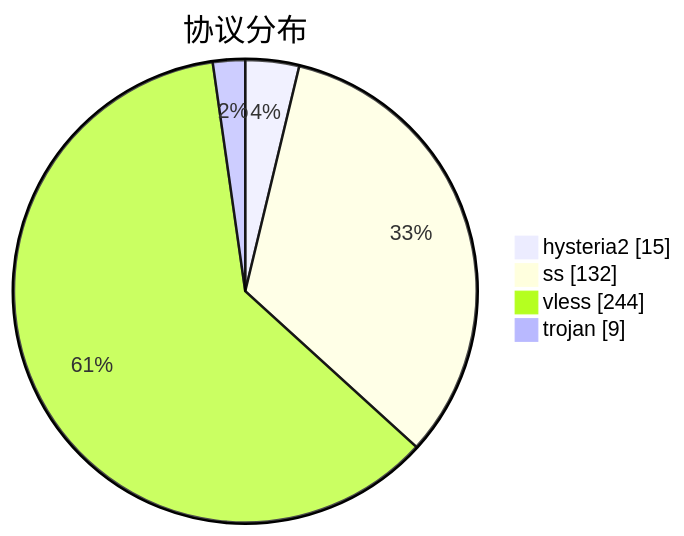
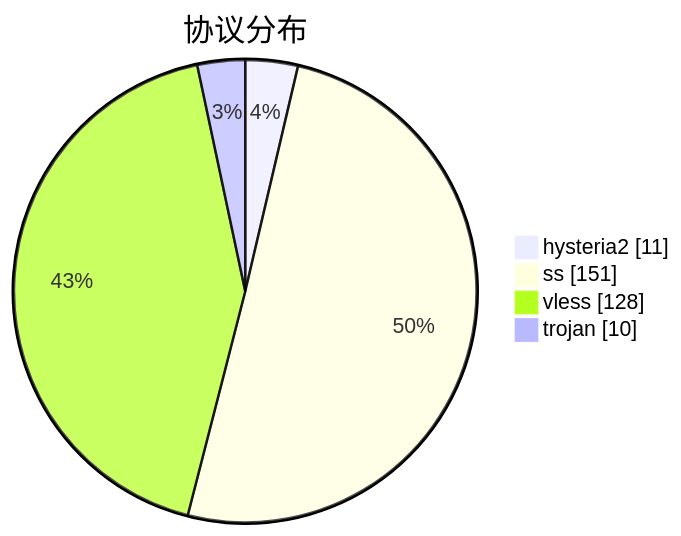
One commit to qjlxg/airport changed the third of 3 diagrams in subs/statistics/tested_within.md. Above: the diagram before and after it, drawn with Mermaid. The commit also changed other lines of this file and 2 other files, not shown here.

````diff
--- a/subs/statistics/tested_within.md
+++ b/subs/statistics/tested_within.md
@@ -19,8 +18,8 @@
 ```mermaid
 pie showData
 title 协议分布
-"hysteria2" : 15
-"ss" : 132
-"vless" : 244
-"trojan" : 9
+"hysteria2" : 11
+"ss" : 151
+"vless" : 128
+"trojan" : 10
 ```
````
